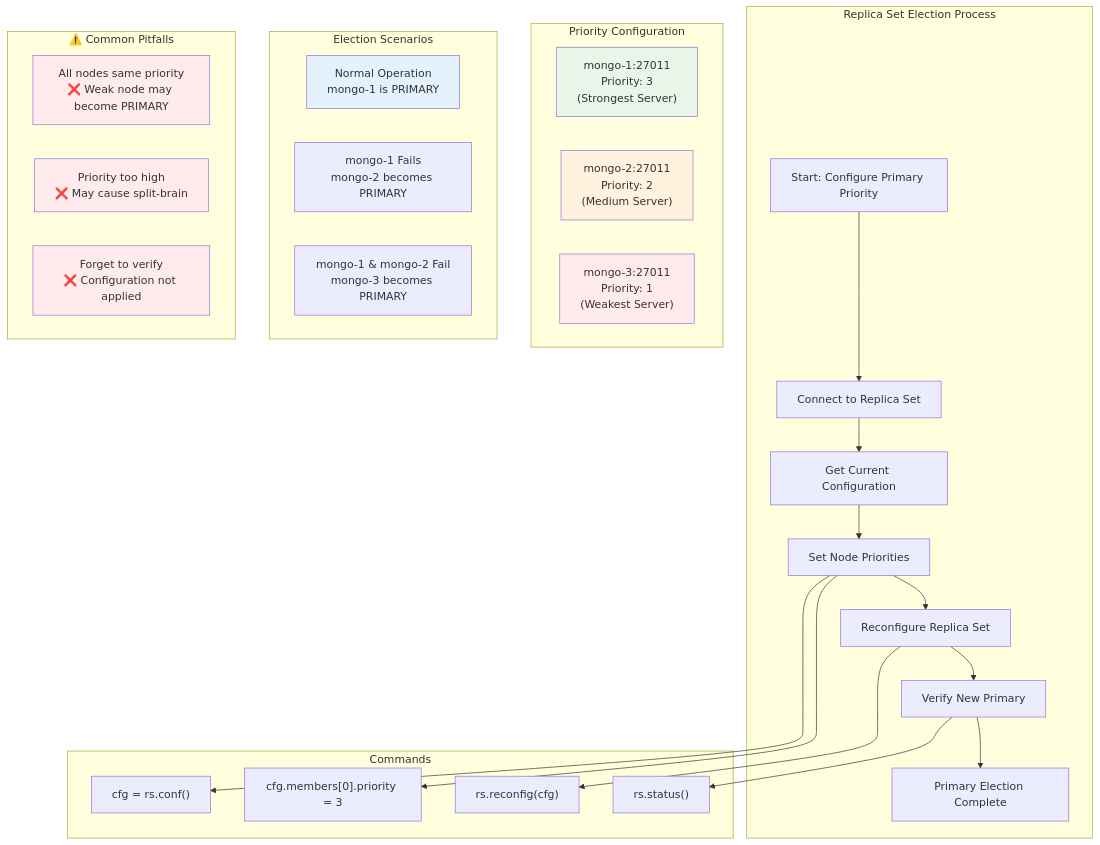
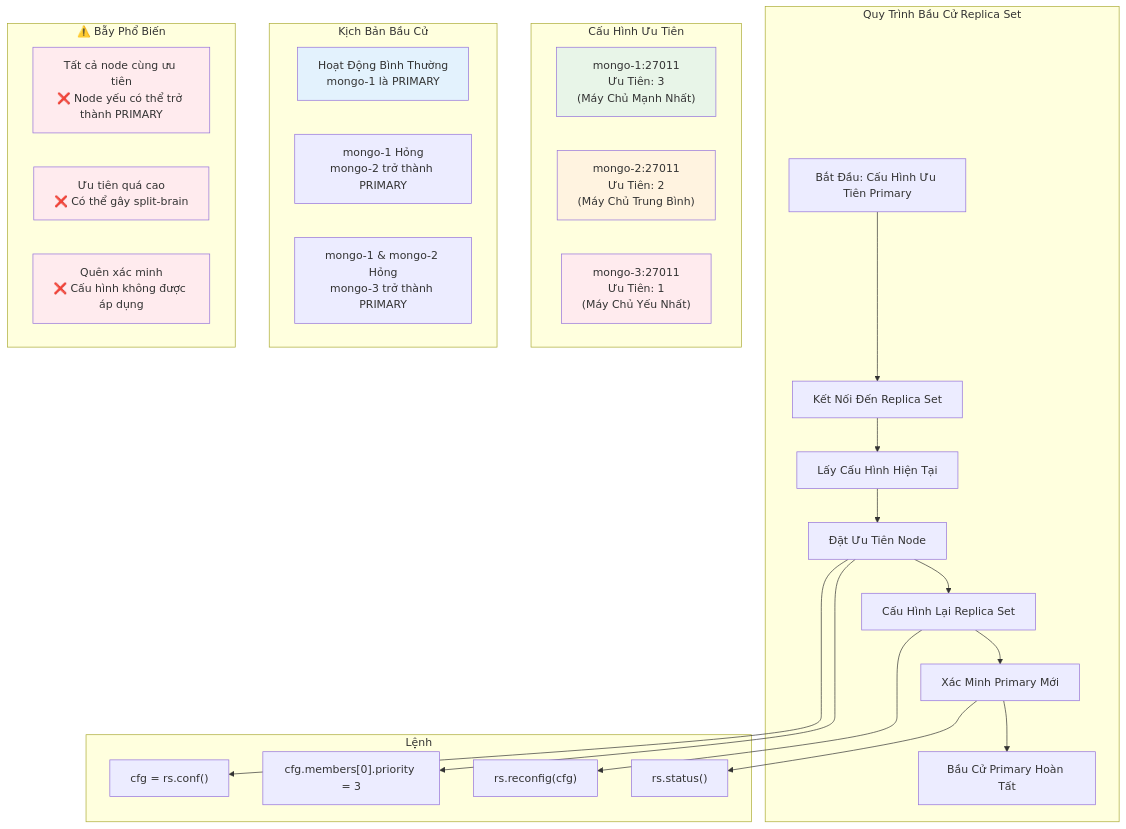
Diagram 40 of 56 in DB/Mongo-Sharding/mongo-sharding-practice.md (ngockhanhvd2812/DBA), drawn with Mermaid before and after one commit. The commit also changed other lines of this file, not shown here.

````diff
--- a/DB/Mongo-Sharding/mongo-sharding-practice.md
+++ b/DB/Mongo-Sharding/mongo-sharding-practice.md
@@ -2346,49 +2562,49 @@
 ```mermaid
 flowchart TD
-    subgraph "Replica Set Election Process"
-        START[Start: Configure Primary Priority] --> CONNECT[Connect to Replica Set]
-        CONNECT --> GETCONF[Get Current Configuration]
-        GETCONF --> SETPRIORITY[Set Node Priorities]
-        SETPRIORITY --> RECONFIG[Reconfigure Replica Set]
-        RECONFIG --> VERIFY[Verify New Primary]
-        VERIFY --> COMPLETE[Primary Election Complete]
+    subgraph "Quy Trình Bầu Cử Replica Set"
+        START[Bắt Đầu: Cấu Hình Ưu Tiên Primary] --> CONNECT[Kết Nối Đến Replica Set]
+        CONNECT --> GETCONF[Lấy Cấu Hình Hiện Tại]
+        GETCONF --> SETPRIORITY[Đặt Ưu Tiên Node]
+        SETPRIORITY --> RECONFIG[Cấu Hình Lại Replica Set]
+        RECONFIG --> VERIFY[Xác Minh Primary Mới]
+        VERIFY --> COMPLETE[Bầu Cử Primary Hoàn Tất]
     end
     
-    subgraph "Priority Configuration"
-        NODE1["mongo-1:27011<br/>Priority: 3<br/>(Strongest Server)"]
-        NODE2["mongo-2:27011<br/>Priority: 2<br/>(Medium Server)"]
-        NODE3["mongo-3:27011<br/>Priority: 1<br/>(Weakest Server)"]
+    subgraph "Cấu Hình Ưu Tiên"
+        NODE1["mongo-1:27011<br/>Ưu Tiên: 3<br/>(Máy Chủ Mạnh Nhất)"]
+        NODE2["mongo-2:27011<br/>Ưu Tiên: 2<br/>(Máy Chủ Trung Bình)"]
+        NODE3["mongo-3:27011<br/>Ưu Tiên: 1<br/>(Máy Chủ Yếu Nhất)"]
     end
     
-    subgraph "Election Scenarios"
-        SCENARIO1["Normal Operation<br/>mongo-1 is PRIMARY"]
-        SCENARIO2["mongo-1 Fails<br/>mongo-2 becomes PRIMARY"]
-        SCENARIO3["mongo-1 & mongo-2 Fail<br/>mongo-3 becomes PRIMARY"]
+    subgraph "Kịch Bản Bầu Cử"
+        SCENARIO1["Hoạt Động Bình Thường<br/>mongo-1 là PRIMARY"]
+        SCENARIO2["mongo-1 Hỏng<br/>mongo-2 trở thành PRIMARY"]
+        SCENARIO3["mongo-1 & mongo-2 Hỏng<br/>mongo-3 trở thành PRIMARY"]
     end
     
-    subgraph "Commands"
+    subgraph "Lệnh"
         CMD1["cfg = rs.conf()"]
         CMD2["cfg.members[0].priority = 3"]
         CMD3["rs.reconfig(cfg)"]
         CMD4["rs.status()"]
     end
     
-    subgraph "⚠️ Common Pitfalls"
-        PITFALL1["All nodes same priority<br/>❌ Weak node may become PRIMARY"]
-        PITFALL2["Priority too high<br/>❌ May cause split-brain"]
-        PITFALL3["Forget to verify<br/>❌ Configuration not applied"]
+    subgraph "⚠️ Bẫy Phổ Biến"
+        PITFALL1["Tất cả node cùng ưu tiên<br/>❌ Node yếu có thể trở thành PRIMARY"]
+        PITFALL2["Ưu tiên quá cao<br/>❌ Có thể gây split-brain"]
+        PITFALL3["Quên xác minh<br/>❌ Cấu hình không được áp dụng"]
     end
     
     SETPRIORITY --> CMD1
     SETPRIORITY --> CMD2
     RECONFIG --> CMD3
     VERIFY --> CMD4
     
     style NODE1 fill:#e8f5e8
     style NODE2 fill:#fff3e0
     style NODE3 fill:#ffebee
     style SCENARIO1 fill:#e3f2fd
     style PITFALL1 fill:#ffebee
     style PITFALL2 fill:#ffebee
     style PITFALL3 fill:#ffebee
 ```
````
